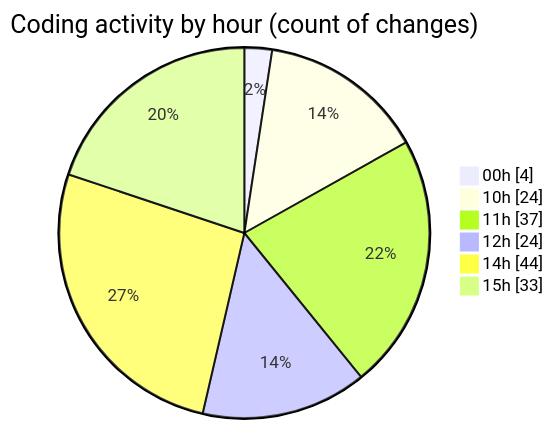
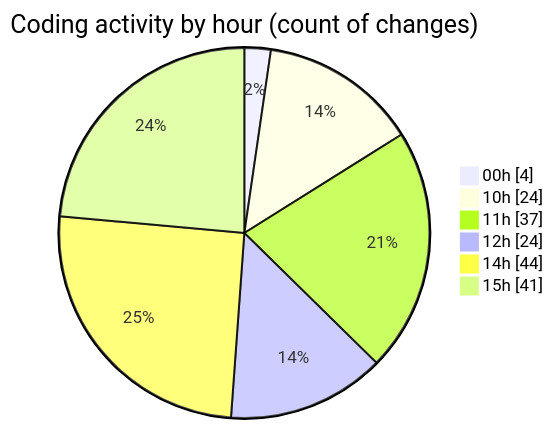
Before and after one commit to Netris89/code-tracking: the second of 2 diagrams in 2025-04-04/back-end/README.md, drawn with Mermaid. The commit also changed other lines of this file and 1 other file, not shown here.

````diff
--- a/2025-04-04/back-end/README.md
+++ b/2025-04-04/back-end/README.md
@@ -48,10 +50,10 @@
 ```mermaid
 pie showData
 title Coding activity by hour (count of changes)
 "00h" : 4
 "10h" : 24
 "11h" : 37
 "12h" : 24
 "14h" : 44
-"15h" : 33
+"15h" : 41
 ```
````
